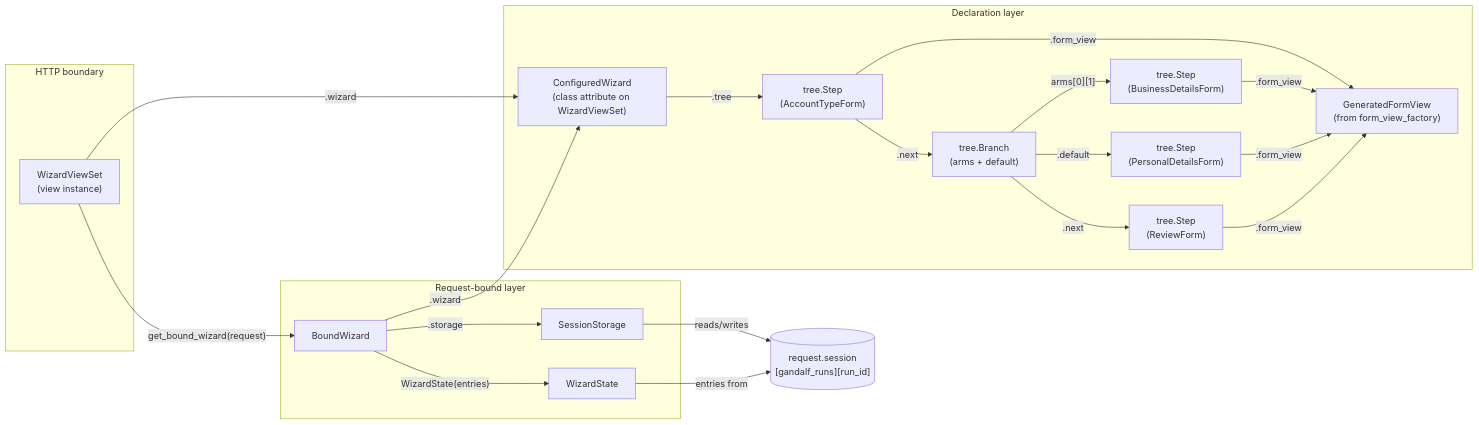
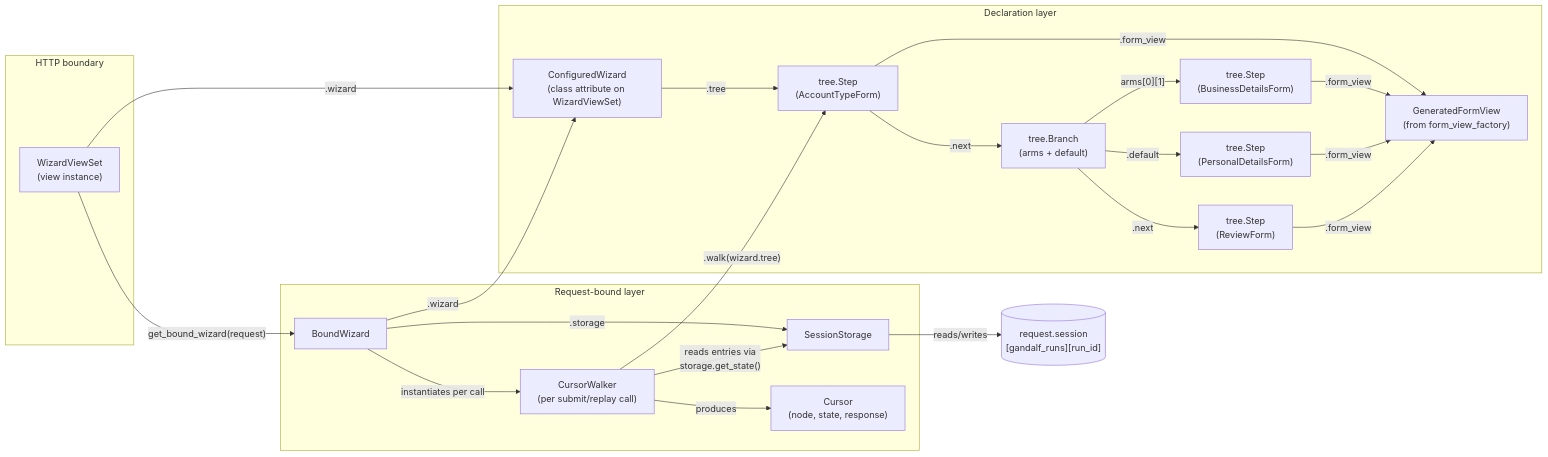
The first of 4 diagrams in ARCHITECTURE.md (kevincarrogan/django-gandalf), drawn with Mermaid before and after one commit. The commit also changed other lines of this file, not shown here.

First line of the commit message:
Update ARCHITECTURE.md to match current runtime

````diff
--- a/ARCHITECTURE.md
+++ b/ARCHITECTURE.md
@@ -20,42 +39,45 @@
 ```mermaid
 graph LR
     subgraph HTTP boundary
         WVS["WizardViewSet\n(view instance)"]
     end
 
     subgraph Declaration layer
         CW["ConfiguredWizard\n(class attribute on WizardViewSet)"]
         S1["tree.Step\n(AccountTypeForm)"]
         BR["tree.Branch\n(arms + default)"]
         S2a["tree.Step\n(BusinessDetailsForm)"]
         S2b["tree.Step\n(PersonalDetailsForm)"]
         S3["tree.Step\n(ReviewForm)"]
         FV["GeneratedFormView\n(from form_view_factory)"]
     end
 
     subgraph Request-bound layer
         BW["BoundWizard"]
         SS["SessionStorage"]
-        WS["WizardState"]
+        CWK["CursorWalker\n(per submit/replay call)"]
+        CUR["Cursor\n(node, state, response)"]
     end
 
     Session[("request.session\n[gandalf_runs][run_id]")]
 
     WVS -->|".wizard"| CW
     CW -->|".tree"| S1
     S1 -->|".next"| BR
     BR -->|"arms[0][1]"| S2a
     BR -->|".default"| S2b
     BR -->|".next"| S3
     S1 -->|".form_view"| FV
     S2a -->|".form_view"| FV
     S2b -->|".form_view"| FV
     S3 -->|".form_view"| FV
 
     WVS -->|"get_bound_wizard(request)"| BW
     BW -->|".wizard"| CW
     BW -->|".storage"| SS
-    BW -->|"WizardState(entries)"| WS
+    BW -->|"instantiates per call"| CWK
+    CWK -->|".walk(wizard.tree)"| S1
+    CWK -->|"produces"| CUR
     SS -->|"reads/writes"| Session
-    WS -->|"entries from"| Session
+    CWK -->|"reads entries via\nstorage.get_state()"| SS
 ```
````
